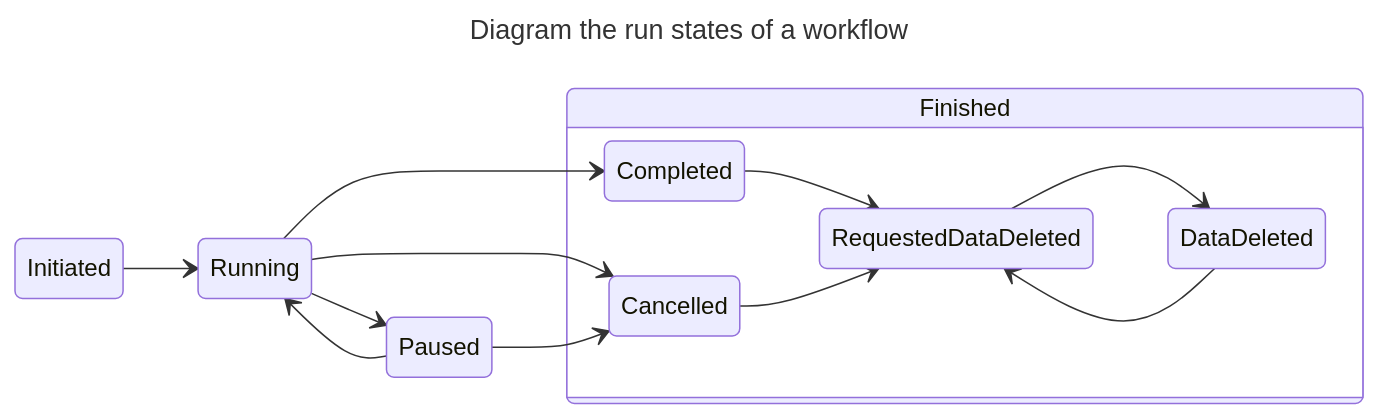
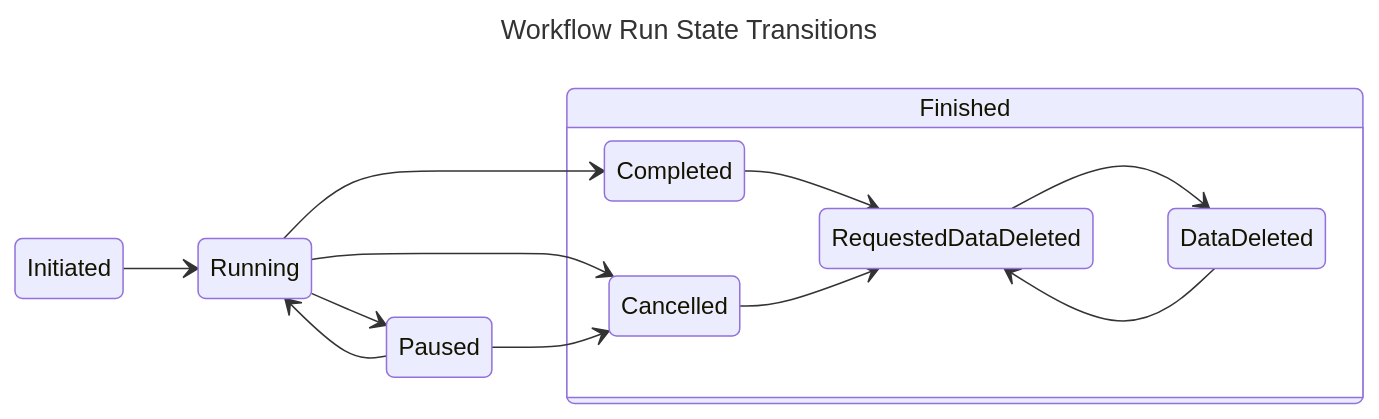
One commit to luno/workflow changed the diagram in README.md. Above: the diagram before and after it, drawn with Mermaid. The commit also changed other lines of this file, not shown here.

````diff
--- a/README.md
+++ b/README.md
@@ -266,25 +329,25 @@
 ```mermaid
 ---
-title: Diagram the run states of a workflow
+title: Workflow Run State Transitions
 ---
 stateDiagram-v2
-	direction LR
-    
+    direction LR
+
     Initiated-->Running
-    
+
     Running-->Completed
     Running-->Paused
 
     Paused-->Running
-    
+
     Running --> Cancelled
     Paused --> Cancelled
-    
+
     state Finished {
         Completed --> RequestedDataDeleted
         Cancelled --> RequestedDataDeleted
-            
+
         DataDeleted-->RequestedDataDeleted
         RequestedDataDeleted-->DataDeleted
     }
 ```
````
